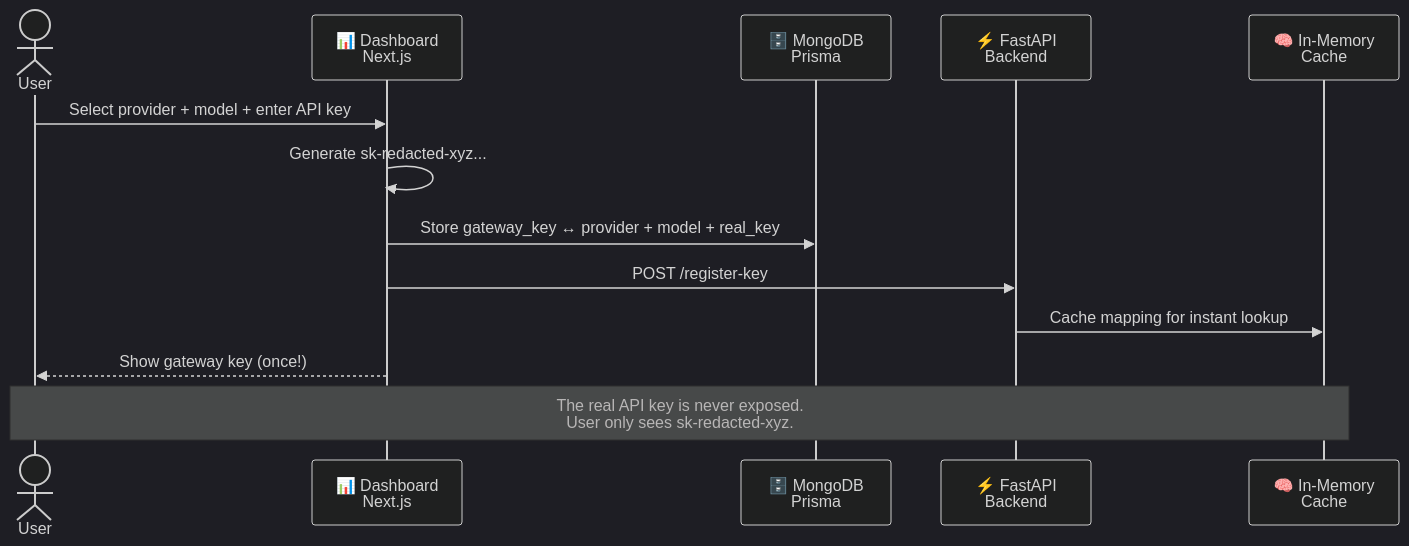
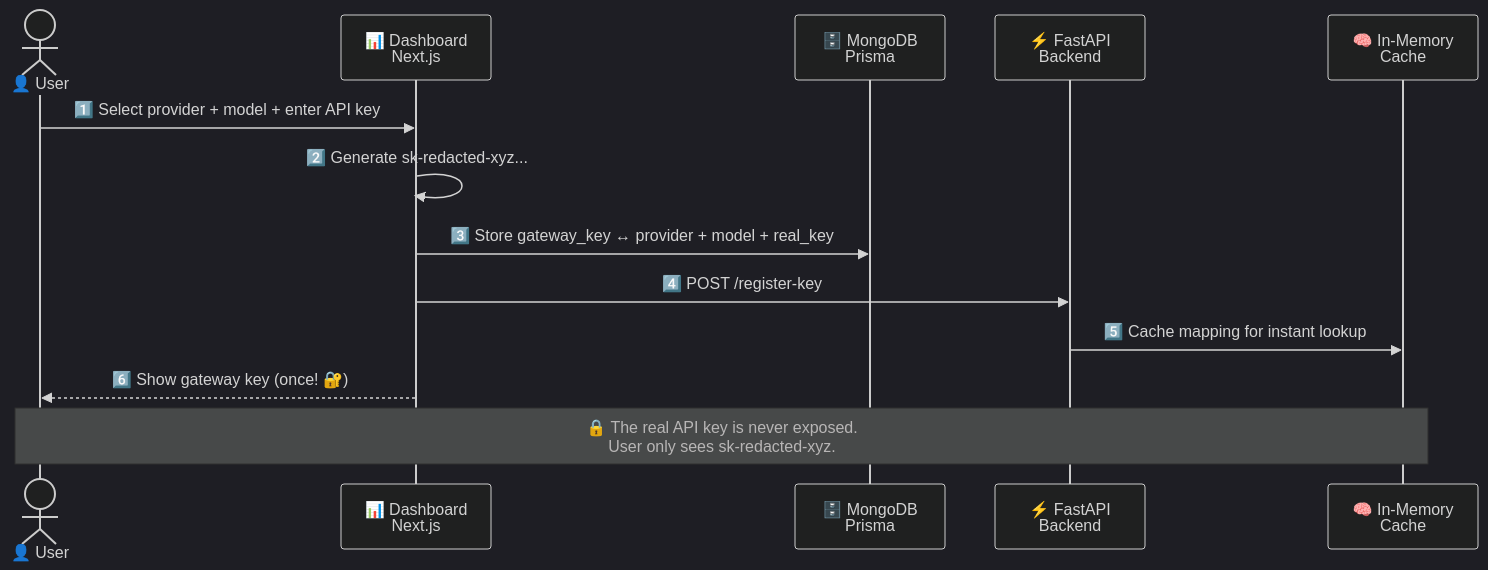
The second of 6 diagrams in README.md (lidorpahima/Redacted), drawn with Mermaid (dark theme) before and after one commit. The commit also changed other lines of this file, not shown here.

````diff
--- a/README.md
+++ b/README.md
@@ -72,17 +111,17 @@
 ```mermaid
 sequenceDiagram
-    actor User
+    actor User as 👤 User
     participant Dashboard as 📊 Dashboard<br/>Next.js
     participant DB as 🗄️ MongoDB<br/>Prisma
     participant Backend as ⚡ FastAPI<br/>Backend
     participant Mem as 🧠 In-Memory<br/>Cache
 
-    User->>Dashboard: Select provider + model + enter API key
-    Dashboard->>Dashboard: Generate sk-redacted-xyz...
-    Dashboard->>DB: Store gateway_key ↔ provider + model + real_key
-    Dashboard->>Backend: POST /register-key
-    Backend->>Mem: Cache mapping for instant lookup
-    Dashboard-->>User: Show gateway key (once!)
+    User->>Dashboard: 1️⃣ Select provider + model + enter API key
+    Dashboard->>Dashboard: 2️⃣ Generate sk-redacted-xyz...
+    Dashboard->>DB: 3️⃣ Store gateway_key ↔ provider + model + real_key
+    Dashboard->>Backend: 4️⃣ POST /register-key
+    Backend->>Mem: 5️⃣ Cache mapping for instant lookup
+    Dashboard-->>User: 6️⃣ Show gateway key (once! 🔐)
 
-    Note over User,Mem: The real API key is never exposed.<br/>User only sees sk-redacted-xyz.
+    Note over User,Mem: 🔒 The real API key is never exposed.<br/>User only sees sk-redacted-xyz.
 ```
````
